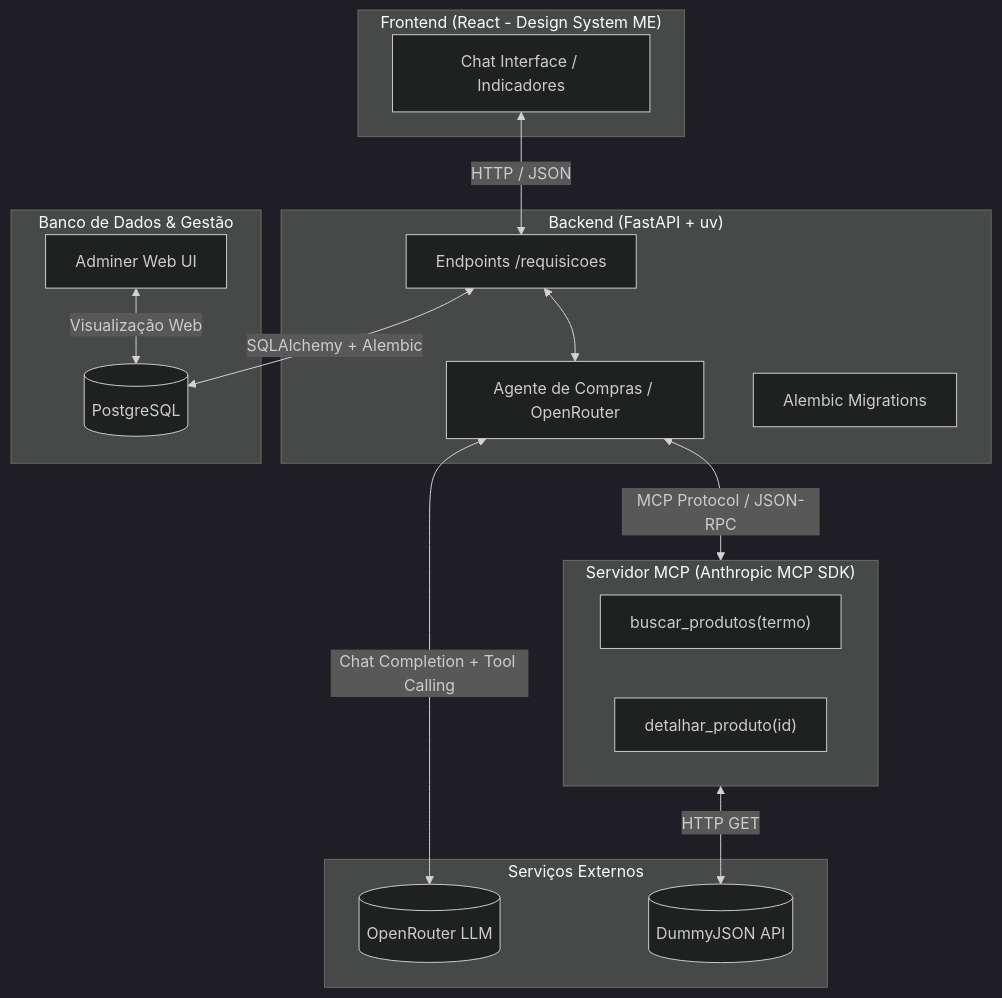
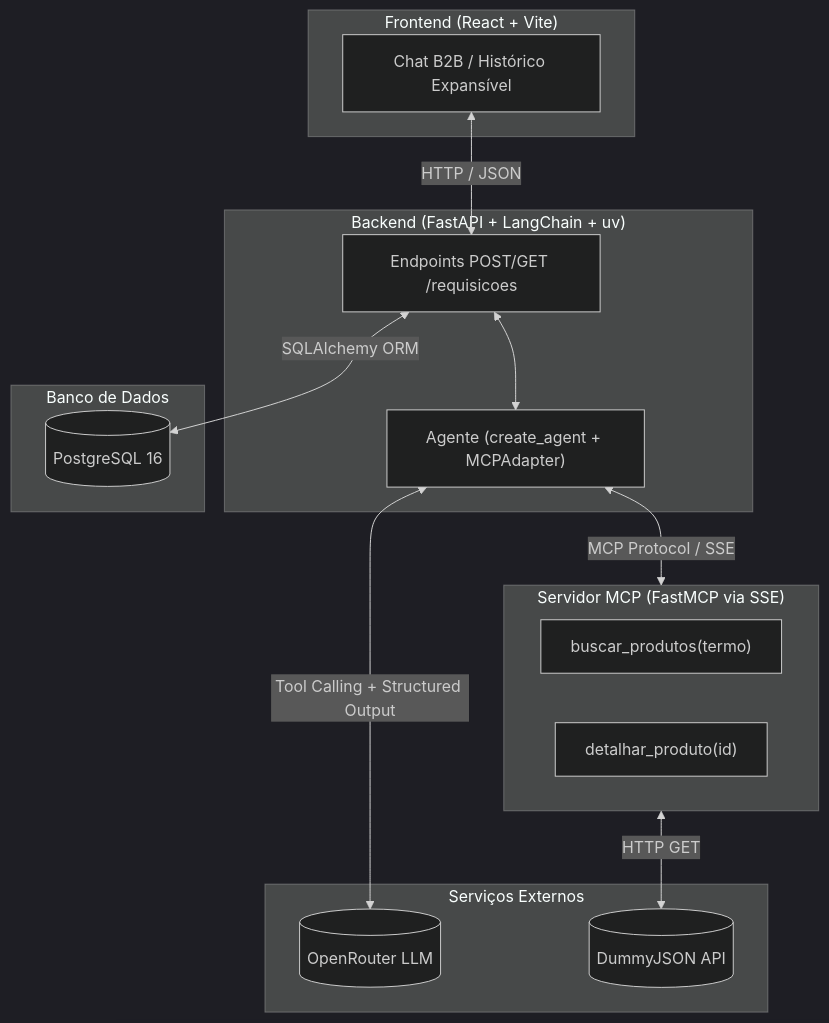
Before and after one commit to isaacdono/case-mercado-eletronico: the first of 2 diagrams in docs/ARQUITETURA.md, drawn with Mermaid (dark theme). The commit also changed other lines of this file and 3 other files, not shown here.

````diff
--- a/docs/ARQUITETURA.md
+++ b/docs/ARQUITETURA.md
@@ -12,35 +12,32 @@
 ```mermaid
 flowchart TD
-    subgraph Frontend["Frontend (React - Design System ME)"]
-        UI[Chat Interface / Indicadores]
+    subgraph Frontend["Frontend (React + Vite)"]
+        UI["Chat B2B / Histórico Expansível"]
     end
 
-    subgraph BackendApp["Backend (FastAPI + uv)"]
-        API[Endpoints /requisicoes]
-        Agent[Agente de Compras / OpenRouter]
-        Alembic[Alembic Migrations]
+    subgraph BackendApp["Backend (FastAPI + LangChain + uv)"]
+        API["Endpoints POST/GET /requisicoes"]
+        Agent["Agente (create_agent + MCPAdapter)"]
     end
 
-    subgraph ExternalMCP["Servidor MCP (Anthropic MCP SDK)"]
+    subgraph ExternalMCP["Servidor MCP (FastMCP via SSE)"]
         Tool1["buscar_produtos(termo)"]
         Tool2["detalhar_produto(id)"]
     end
 
-    subgraph Storage["Banco de Dados & Gestão"]
-        Postgres[(PostgreSQL)]
-        Adminer[Adminer Web UI]
+    subgraph Storage["Banco de Dados"]
+        Postgres[(PostgreSQL 16)]
     end
 
     subgraph ExternalAPIs["Serviços Externos"]
         OpenRouter[(OpenRouter LLM)]
         DummyJSON[(DummyJSON API)]
     end
 
     UI <-->|HTTP / JSON| API
     API <--> Agent
-    Agent <-->|Chat Completion + Tool Calling| OpenRouter
-    Agent <-->|MCP Protocol / JSON-RPC| ExternalMCP
+    Agent <-->|Tool Calling + Structured Output| OpenRouter
+    Agent <-->|MCP Protocol / SSE| ExternalMCP
     ExternalMCP <-->|HTTP GET| DummyJSON
-    API <-->|SQLAlchemy + Alembic| Postgres
-    Adminer <-->|Visualização Web| Postgres
+    API <-->|SQLAlchemy ORM| Postgres
 ```
````
